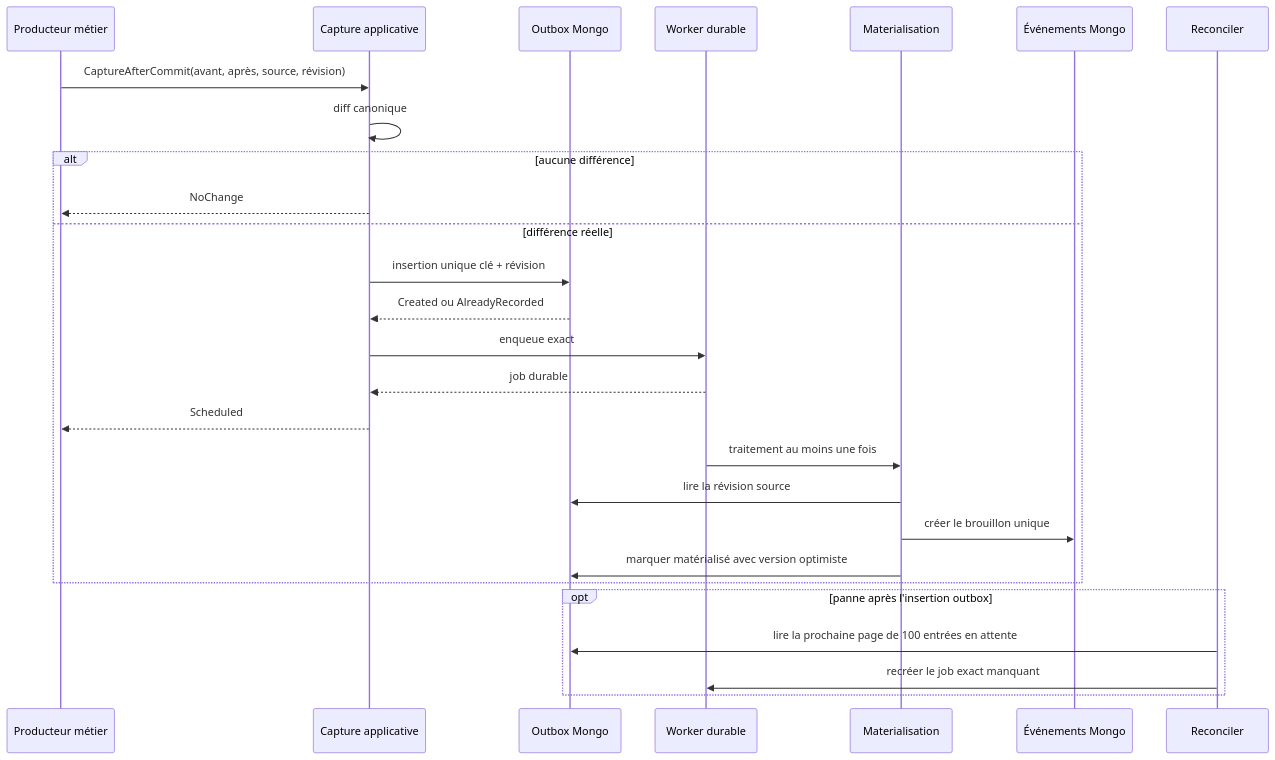
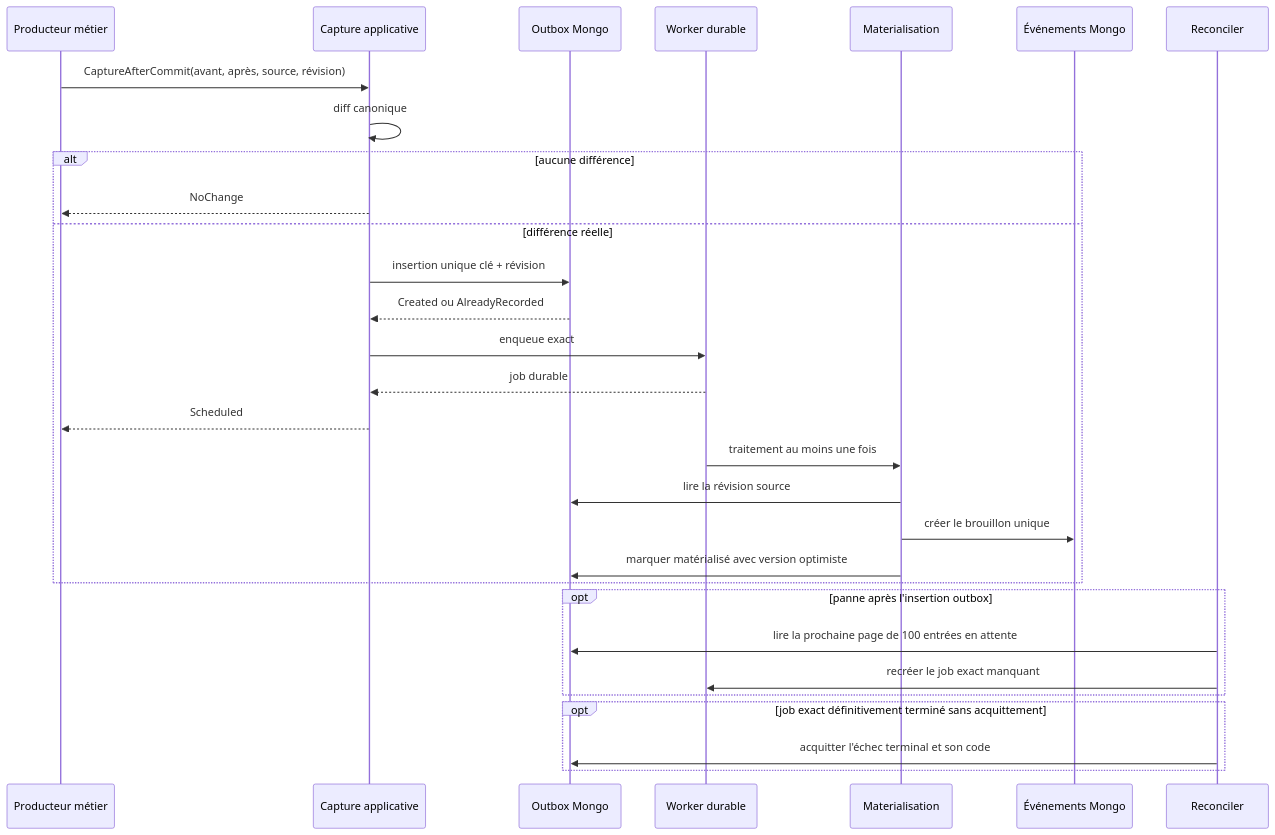
Before and after one commit to Ced59/AmusementParkProject: the third of 3 diagrams in docs/architecture/product-growth-watch-05-factual-outbox-2026-09-15.md, drawn with Mermaid. The commit also changed other lines of this file and 31 other files, not shown here.

````diff
--- a/docs/architecture/product-growth-watch-05-factual-outbox-2026-09-15.md
+++ b/docs/architecture/product-growth-watch-05-factual-outbox-2026-09-15.md
@@ -115,31 +126,35 @@
 ```mermaid
 sequenceDiagram
     participant Producer as Producteur métier
     participant Capture as Capture applicative
     participant Outbox as Outbox Mongo
     participant Queue as Worker durable
     participant Handler as Materialisation
     participant Event as Événements Mongo
     participant Repair as Reconciler
 
     Producer->>Capture: CaptureAfterCommit(avant, après, source, révision)
     Capture->>Capture: diff canonique
     alt aucune différence
         Capture-->>Producer: NoChange
     else différence réelle
         Capture->>Outbox: insertion unique clé + révision
         Outbox-->>Capture: Created ou AlreadyRecorded
         Capture->>Queue: enqueue exact
         Queue-->>Capture: job durable
         Capture-->>Producer: Scheduled
         Queue->>Handler: traitement au moins une fois
         Handler->>Outbox: lire la révision source
         Handler->>Event: créer le brouillon unique
         Handler->>Outbox: marquer matérialisé avec version optimiste
     end
 
     opt panne après l'insertion outbox
         Repair->>Outbox: lire la prochaine page de 100 entrées en attente
         Repair->>Queue: recréer le job exact manquant
     end
+
+    opt job exact définitivement terminé sans acquittement
+        Repair->>Outbox: acquitter l'échec terminal et son code
+    end
 ```
````
